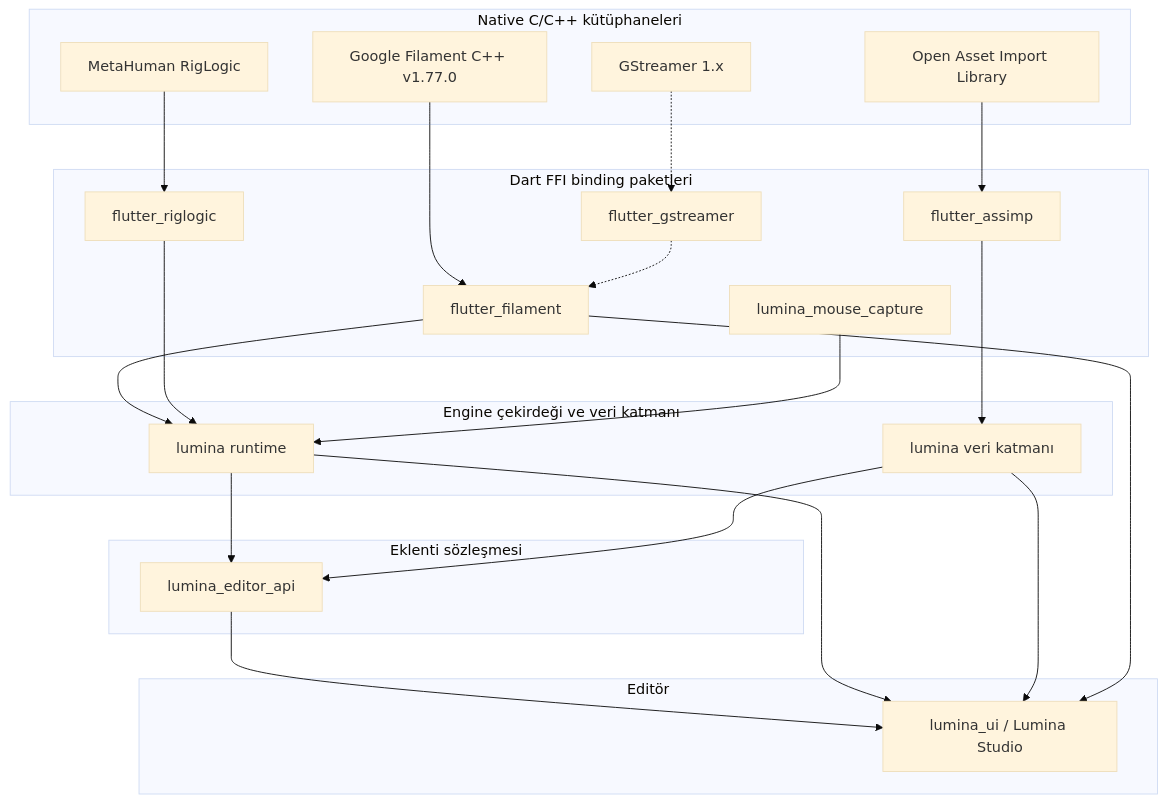
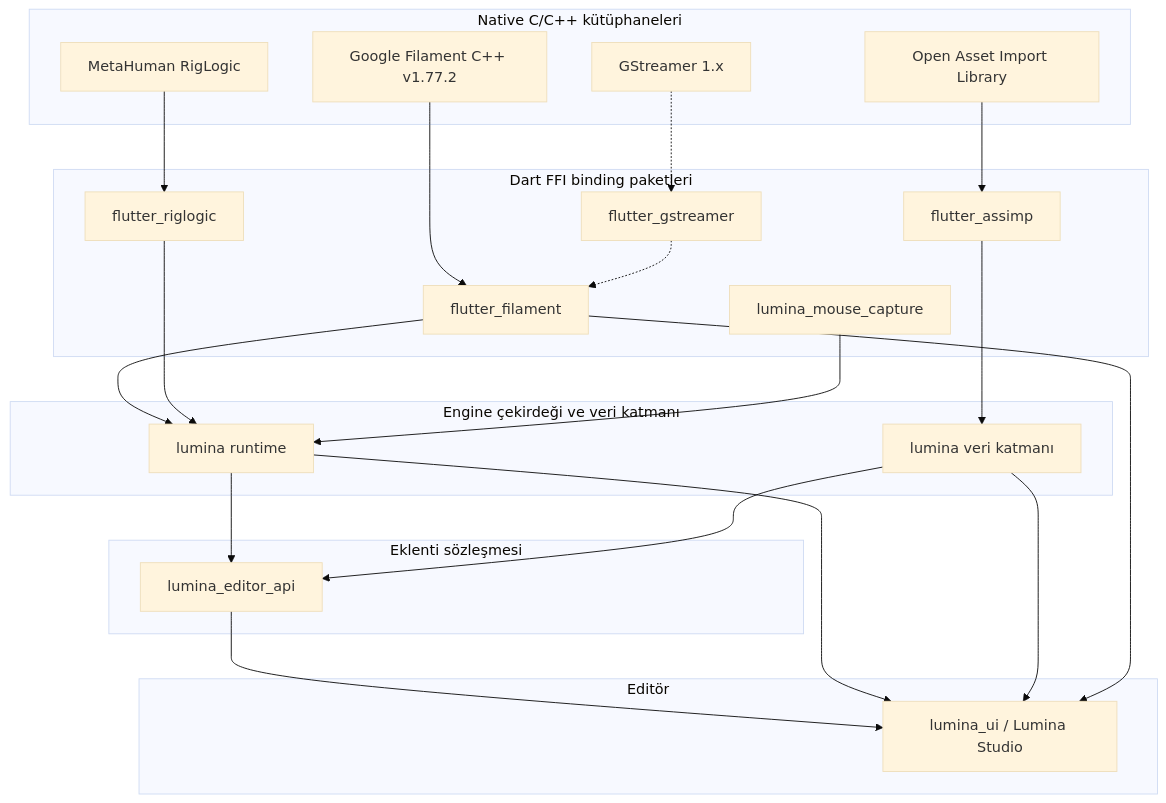
One commit to LuminaGame/lumina changed the diagram in docs/tr/overview/layers.md. Above: the diagram before and after it, drawn with Mermaid (base theme). The commit also changed other lines of this file and 23 other files, not shown here.

````diff
--- a/docs/tr/overview/layers.md
+++ b/docs/tr/overview/layers.md
@@ -11,49 +11,49 @@
 ```mermaid
 graph TD
     subgraph C_Level [Native C/C++ kütüphaneleri]
-        FilamentCPP[Google Filament C++ v1.77.0]
+        FilamentCPP[Google Filament C++ v1.77.2]
         AssimpCPP[Open Asset Import Library]
         RigLogicCPP[MetaHuman RigLogic]
         GStreamerC[GStreamer 1.x]
     end
 
     subgraph FFI_Level [Dart FFI binding paketleri]
         FlutterFilament[flutter_filament]
         FlutterAssimp[flutter_assimp]
         FlutterRiglogic[flutter_riglogic]
         FlutterGStreamer[flutter_gstreamer]
         MouseCapture[lumina_mouse_capture]
     end
 
     subgraph Core_Level [Engine çekirdeği ve veri katmanı]
         LuminaCore[lumina runtime]
         LuminaData[lumina veri katmanı]
     end
 
     subgraph Plugin_Level [Eklenti sözleşmesi]
         EditorAPI[lumina_editor_api]
     end
 
     subgraph Studio_Level [Editör]
         LuminaUI[lumina_ui / Lumina Studio]
     end
 
     FilamentCPP --> FlutterFilament
     AssimpCPP --> FlutterAssimp
     RigLogicCPP --> FlutterRiglogic
     GStreamerC -.-> FlutterGStreamer
 
     FlutterFilament --> LuminaCore
     FlutterAssimp --> LuminaData
     FlutterRiglogic --> LuminaCore
     MouseCapture --> LuminaCore
     FlutterGStreamer -.-> FlutterFilament
 
     LuminaCore --> EditorAPI
     LuminaData --> EditorAPI
 
     EditorAPI --> LuminaUI
     LuminaCore --> LuminaUI
     LuminaData --> LuminaUI
     FlutterFilament --> LuminaUI
 ```
````
